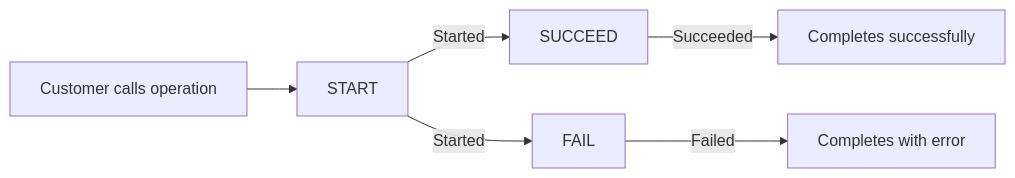
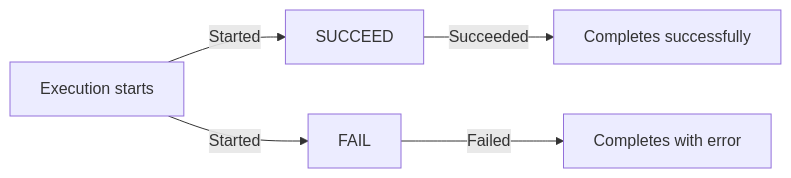
The first of 6 diagrams in LANGUAGE_SDK_SPECIFICATION.md (aws/aws-durable-execution-sdk-js), drawn with Mermaid before and after one commit. The commit also changed other lines of this file, not shown here.

Commit message:
docs: clarify execution flow

````diff
--- a/LANGUAGE_SDK_SPECIFICATION.md
+++ b/LANGUAGE_SDK_SPECIFICATION.md
@@ -303,8 +303,7 @@
 ```mermaid
 flowchart LR
-    New[Customer calls operation] --> START
-    START --> |Started| SUCCEED
+    STARTED[Execution starts] --> |Started| SUCCEED
     SUCCEED --> |Succeeded| Success[Completes successfully]
-    START --> |Started| FAIL
+    STARTED --> |Started| FAIL
     FAIL --> |Failed| Failure[Completes with error]
 ```
````
